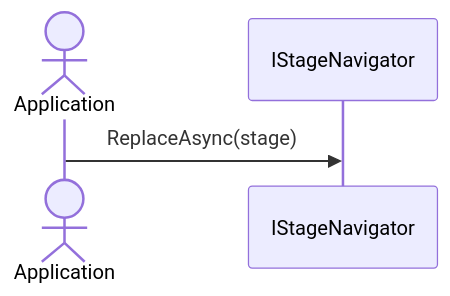
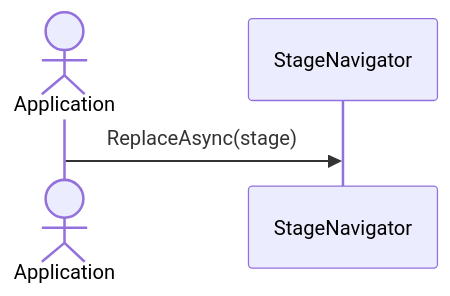
One commit to extreal-dev/Extreal.Guide changed the second of 2 diagrams in docs/core/stage-navigation.md. Above: the diagram before and after it, drawn with Mermaid. The commit also changed other lines of this file, not shown here.

Commit message:
StageNaviggationのインタフェースを削除

````diff
--- a/docs/core/stage-navigation.md
+++ b/docs/core/stage-navigation.md
@@ -82,5 +77,5 @@
 ```mermaid
 sequenceDiagram
     actor Application
-    Application->>IStageNavigator: ReplaceAsync(stage)
+    Application->>StageNavigator: ReplaceAsync(stage)
 ```
````
